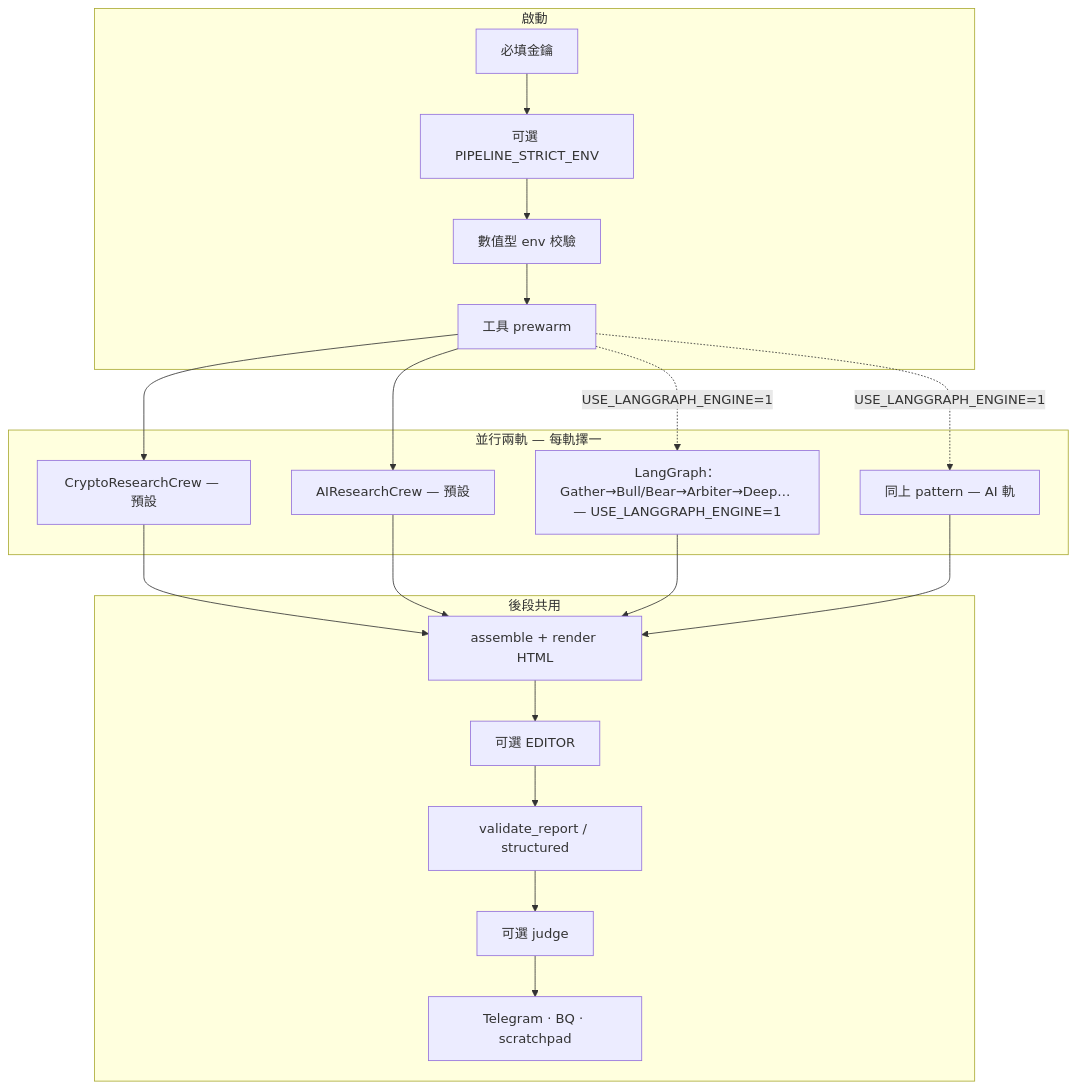
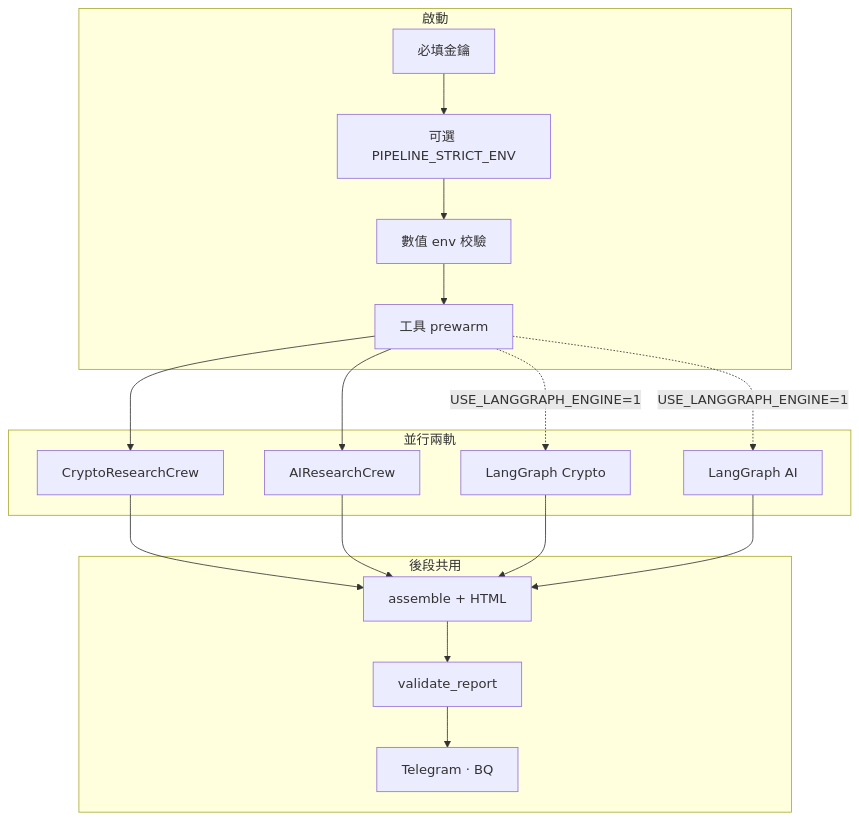
The diagram in README.md (godmosword/my-investment-ai-agent), drawn with Mermaid before and after one commit. The commit also changed other lines of this file and 2 other files, not shown here.

````diff
--- a/README.md
+++ b/README.md
@@ -104,32 +65,30 @@
 ```mermaid
 flowchart TB
   subgraph boot [啟動]
     K[必填金鑰]
     S[可選 PIPELINE_STRICT_ENV]
-    T[數值型 env 校驗]
+    T[數值 env 校驗]
     P[工具 prewarm]
   end
-  subgraph dual [並行兩軌 — 每軌擇一]
-    C1[CryptoResearchCrew — 預設]
-    A1[AIResearchCrew — 預設]
-    C2[LangGraph：Gather→Bull/Bear→Arbiter→Deep… — USE_LANGGRAPH_ENGINE=1]
-    A2[同上 pattern — AI 軌]
+  subgraph dual [並行兩軌]
+    C1[CryptoResearchCrew]
+    A1[AIResearchCrew]
+    C2[LangGraph Crypto]
+    A2[LangGraph AI]
   end
   subgraph tail [後段共用]
-    Asm[assemble + render HTML]
-    Ed[可選 EDITOR]
-    V[validate_report / structured]
-    J[可選 judge]
-    O[Telegram · BQ · scratchpad]
+    Asm[assemble + HTML]
+    V[validate_report]
+    O[Telegram · BQ]
   end
   K --> S --> T --> P
   P --> C1
   P --> A1
   P -.->|USE_LANGGRAPH_ENGINE=1| C2
   P -.->|USE_LANGGRAPH_ENGINE=1| A2
   C1 --> Asm
   A1 --> Asm
   C2 --> Asm
   A2 --> Asm
-  Asm --> Ed --> V --> J --> O
+  Asm --> V --> O
 ```
````
